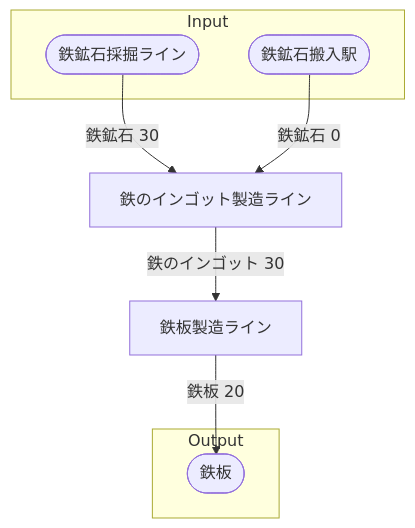
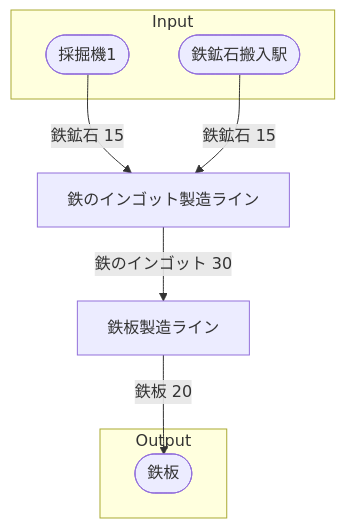
One commit to Suzuran-Amano/SatisfactoryTaskEfficiency changed the diagram in 40_FactoryBuilding/20_工場設計テンプレート/30‗全体製造ライン設計書/全体製造ライン設計書.md. Above: the diagram before and after it, drawn with Mermaid. The commit also changed other lines of this file and 3 other files, not shown here.

````diff
--- a/40_FactoryBuilding/20_工場設計テンプレート/30‗全体製造ライン設計書/全体製造ライン設計書.md
+++ b/40_FactoryBuilding/20_工場設計テンプレート/30‗全体製造ライン設計書/全体製造ライン設計書.md
@@ -24,23 +24,23 @@
 ```mermaid
 flowchart TD
 
 subgraph Input
-    鉄鉱石採掘ライン([鉄鉱石採掘ライン])
+    採掘機1([採掘機1])
     鉄鉱石搬入駅([鉄鉱石搬入駅])
 end
 
 鉄のインゴット製造ライン[鉄のインゴット製造ライン]
 鉄板製造ライン[鉄板製造ライン]
 
 subgraph Output
     鉄板([鉄板])
 end
 
 
-鉄鉱石採掘ライン-->|鉄鉱石 30|鉄のインゴット製造ライン
-鉄鉱石搬入駅-->|鉄鉱石 0|鉄のインゴット製造ライン
+採掘機1-->|鉄鉱石 15|鉄のインゴット製造ライン
+鉄鉱石搬入駅-->|鉄鉱石 15|鉄のインゴット製造ライン
 鉄のインゴット製造ライン-->|鉄のインゴット 30|鉄板製造ライン
 鉄板製造ライン-->|鉄板 20|鉄板
 
 
 ```
````
